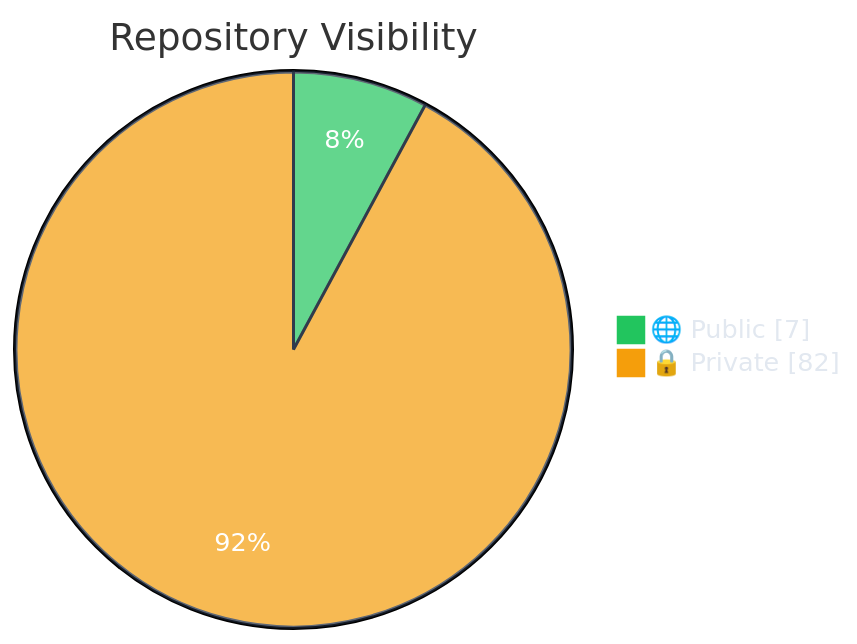
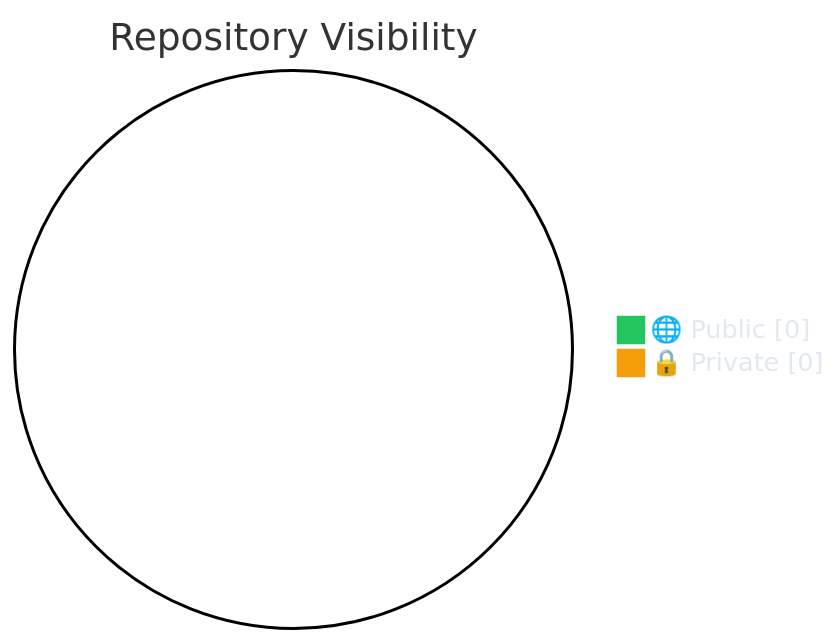
One commit to polo-nyan/polo-nyan changed the first of 2 diagrams in README.md. Above: the diagram before and after it, drawn with Mermaid. The commit also changed other lines of this file and 1 other file, not shown here.

````diff
--- a/README.md
+++ b/README.md
@@ -83,7 +83,7 @@
 ```mermaid
 %%{init: {"theme": "base", "themeVariables": { "pie1": "#22c55e", "pie2": "#f59e0b", "pie3": "#3b82f6", "pie4": "#ec4899", "pieTextColor": "#ffffff", "pieLegendTextColor": "#e2e8f0", "pieSectionTextColor": "#ffffff", "pieStrokeColor": "#1e293b" }}}%%
 pie showData
     title Repository Visibility
-    "🌐 Public" : 7
-    "🔒 Private" : 82
+    "🌐 Public" : 0
+    "🔒 Private" : 0
 ```
````
